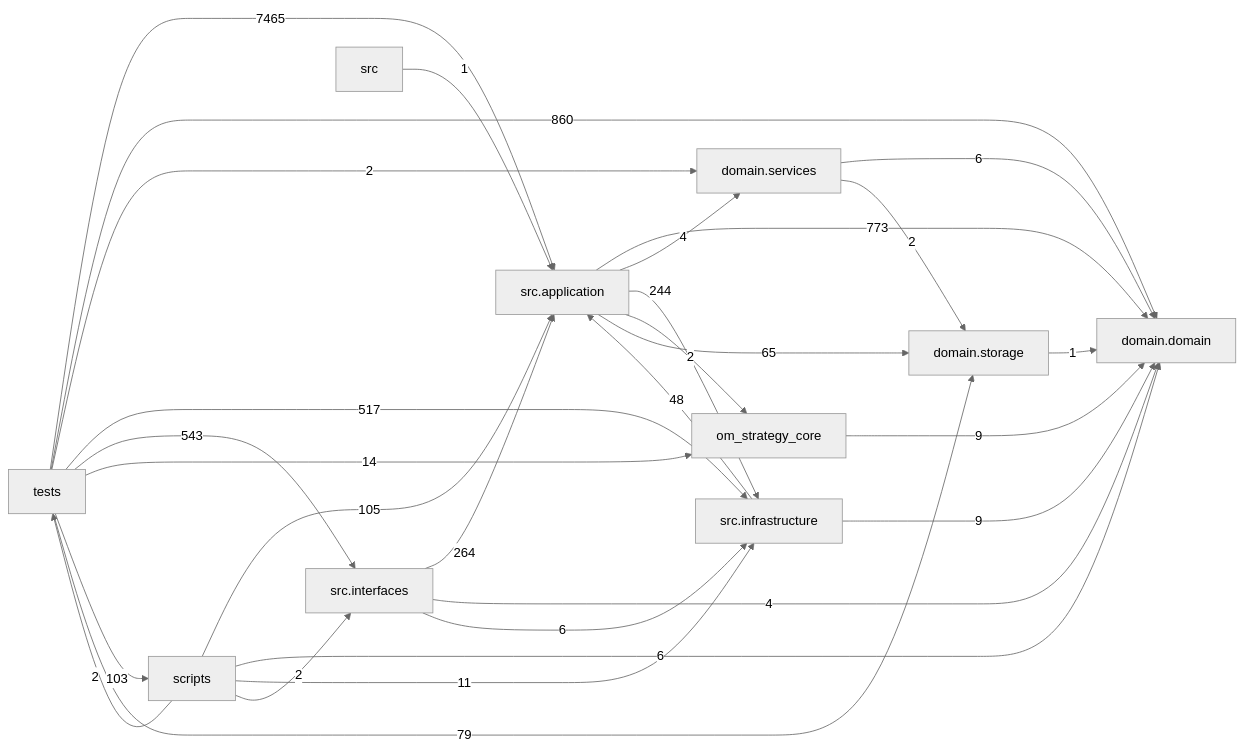
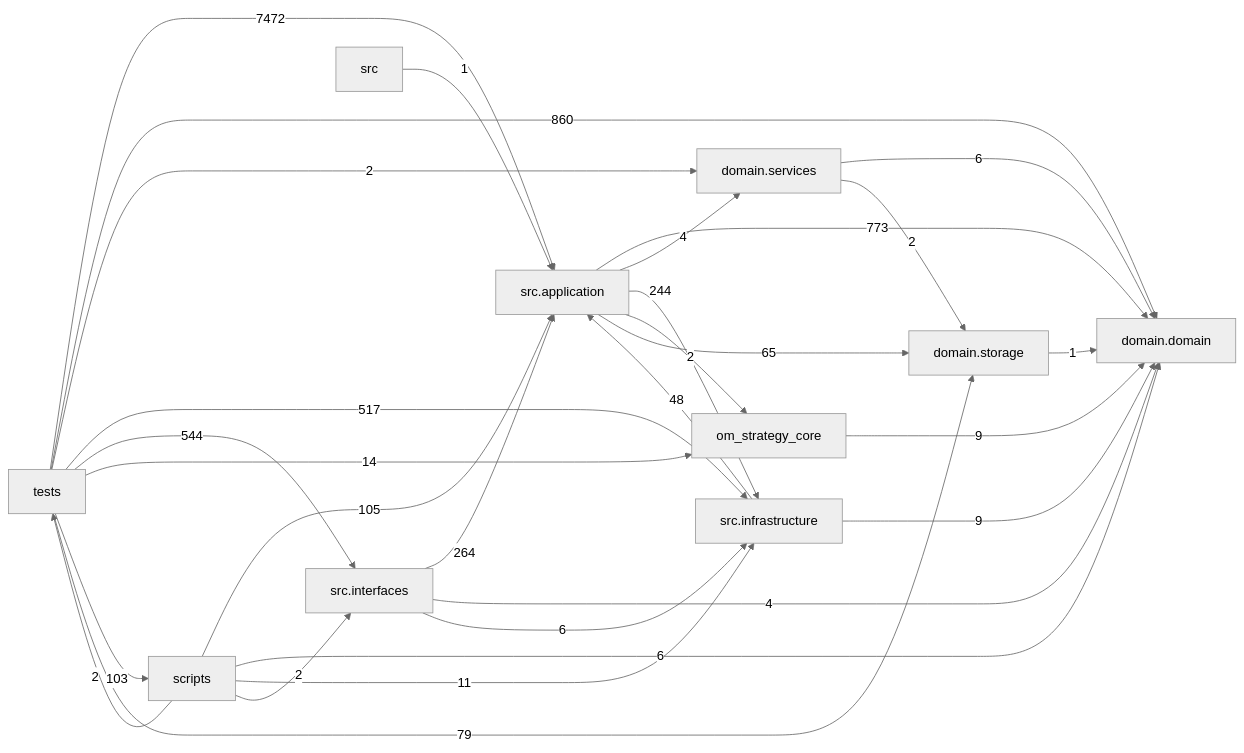
The diagram in docs/DEPENDENCY_GRAPH.md (liuxie066/options-monitor), drawn with Mermaid (neutral theme) before and after one commit. The commit also changed other lines of this file and 7 other files, not shown here.

````diff
--- a/docs/DEPENDENCY_GRAPH.md
+++ b/docs/DEPENDENCY_GRAPH.md
@@ -24,39 +24,39 @@
 ```mermaid
 flowchart LR
   tests["tests"]
   scripts["scripts"]
   interfaces["src.interfaces"]
   application["src.application"]
   infrastructure["src.infrastructure"]
   domain_services["domain.services"]
   domain["domain.domain"]
   storage["domain.storage"]
   application -->|773| domain
   application -->|4| domain_services
   application -->|244| infrastructure
   application -->|2| om_strategy_core
   application -->|65| storage
   domain_services -->|6| domain
   domain_services -->|2| storage
   infrastructure -->|48| application
   infrastructure -->|9| domain
   interfaces -->|264| application
   interfaces -->|4| domain
   interfaces -->|6| infrastructure
   om_strategy_core -->|9| domain
   scripts -->|105| application
   scripts -->|6| domain
   scripts -->|11| infrastructure
   scripts -->|2| interfaces
   scripts -->|2| tests
   src -->|1| application
   storage -->|1| domain
-  tests -->|7465| application
+  tests -->|7472| application
   tests -->|860| domain
   tests -->|2| domain_services
   tests -->|517| infrastructure
-  tests -->|543| interfaces
+  tests -->|544| interfaces
   tests -->|14| om_strategy_core
   tests -->|103| scripts
   tests -->|79| storage
 ```
````
